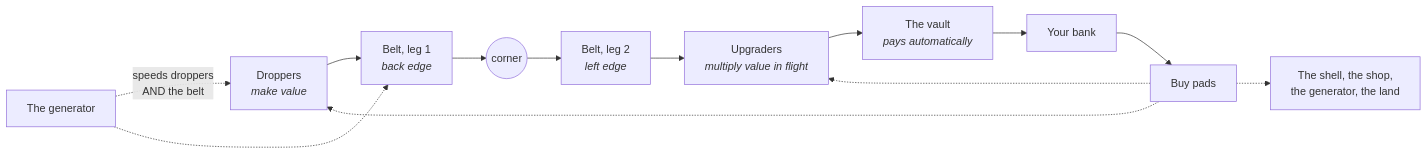
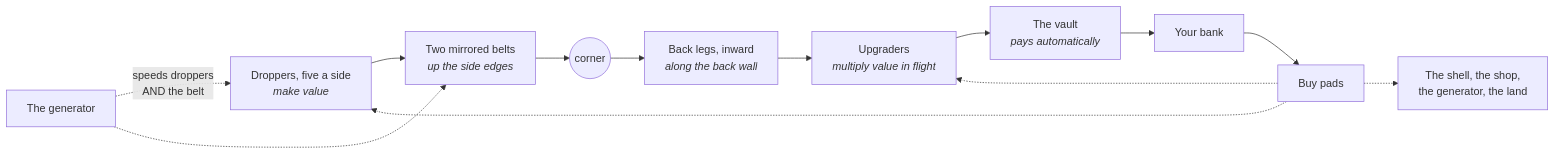
Before and after one commit to adit-rah/ttt: the third of 6 diagrams in docs/design/GAME.md, drawn with Mermaid. The commit also changed 11 other files, not shown here.

First line of the commit message:
The line is two mirrored conveyors into a vault at back-centre (#169)

````diff
--- a/docs/design/GAME.md
+++ b/docs/design/GAME.md
@@ -100,15 +100,15 @@
 ```mermaid
 flowchart LR
-    D["Droppers<br/><i>make value</i>"] --> B1["Belt, leg 1<br/><i>back edge</i>"]
+    D["Droppers, five a side<br/><i>make value</i>"] --> B1["Two mirrored belts<br/><i>up the side edges</i>"]
     B1 --> C(("corner"))
-    C --> B2["Belt, leg 2<br/><i>left edge</i>"]
+    C --> B2["Back legs, inward<br/><i>along the back wall</i>"]
     B2 --> U["Upgraders<br/><i>multiply value in flight</i>"]
     U --> V["The vault<br/><i>pays automatically</i>"]
     V --> W["Your bank"]
     W --> P["Buy pads"]
     P -.-> D
     P -.-> U
     P -.-> S["The shell, the shop,<br/>the generator, the land"]
     G["The generator"] -.->|"speeds droppers<br/>AND the belt"| D
     G -.-> B1
 ```
````
